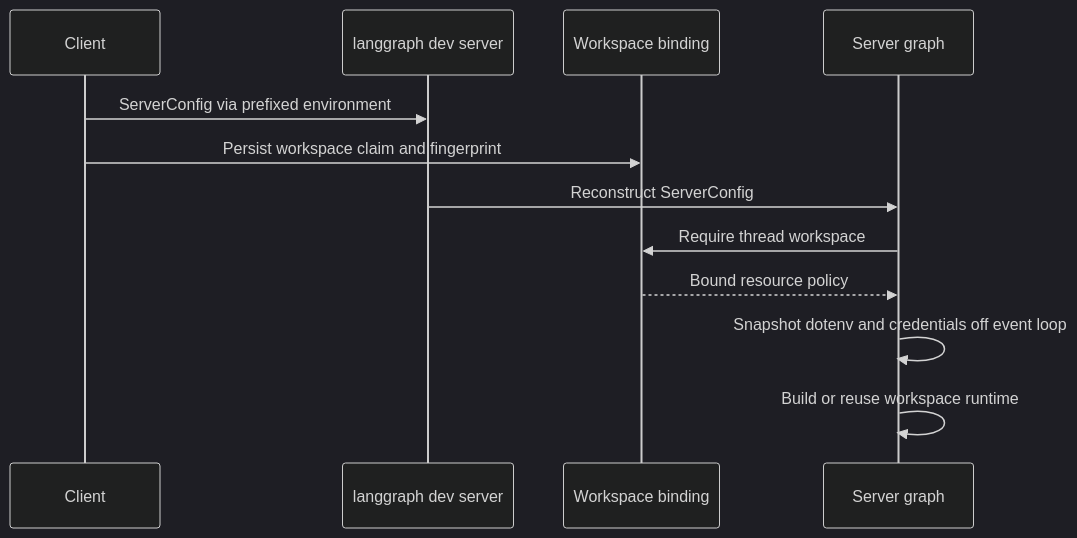
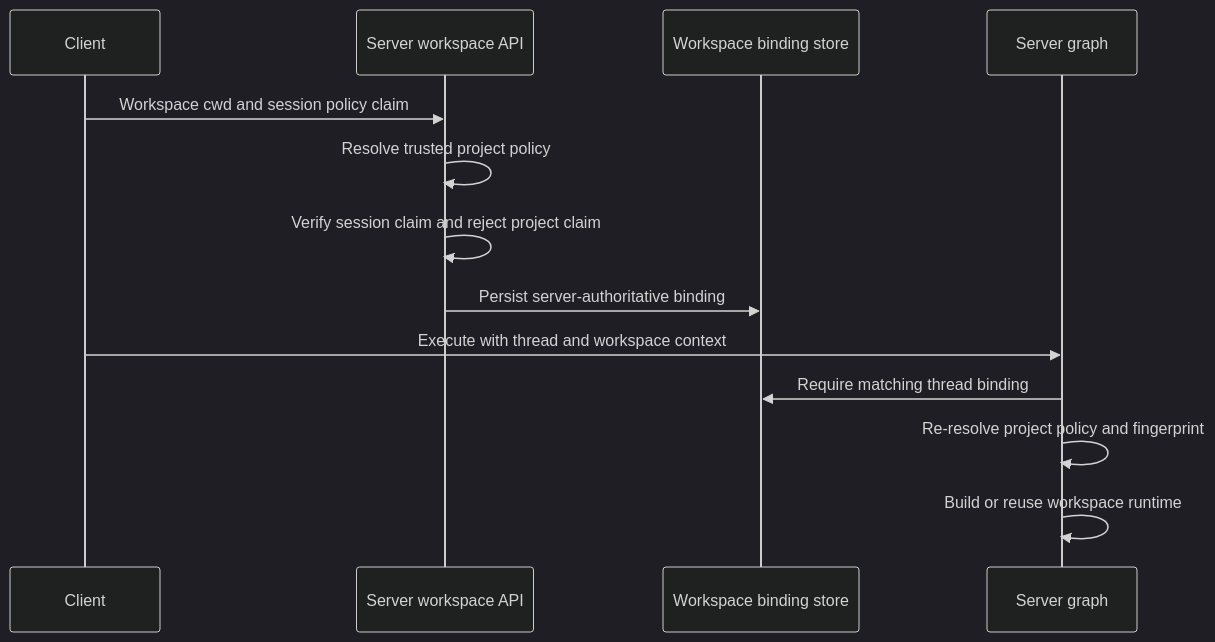
Before and after one commit to langchain-ai/deepagents: the third of 3 diagrams in openwiki/concepts/config-layering.md, drawn with Mermaid (dark theme). The commit also changed other lines of this file and 62 other files, not shown here.

````diff
--- a/openwiki/concepts/config-layering.md
+++ b/openwiki/concepts/config-layering.md
@@ -109,14 +120,15 @@
 ```mermaid
 sequenceDiagram
     participant Client
-    participant Server as langgraph dev server
-    participant Binding as Workspace binding
+    participant Api as Server workspace API
+    participant Store as Workspace binding store
     participant Graph as Server graph
-    Client->>Server: ServerConfig via prefixed environment
-    Client->>Binding: Persist workspace claim and fingerprint
-    Server->>Graph: Reconstruct ServerConfig
-    Graph->>Binding: Require thread workspace
-    Binding-->>Graph: Bound resource policy
-    Graph->>Graph: Snapshot dotenv and credentials off event loop
+    Client->>Api: Workspace cwd and session policy claim
+    Api->>Api: Resolve trusted project policy
+    Api->>Api: Verify session claim and reject project claim
+    Api->>Store: Persist server-authoritative binding
+    Client->>Graph: Execute with thread and workspace context
+    Graph->>Store: Require matching thread binding
+    Graph->>Graph: Re-resolve project policy and fingerprint
     Graph->>Graph: Build or reuse workspace runtime
 ```
````
